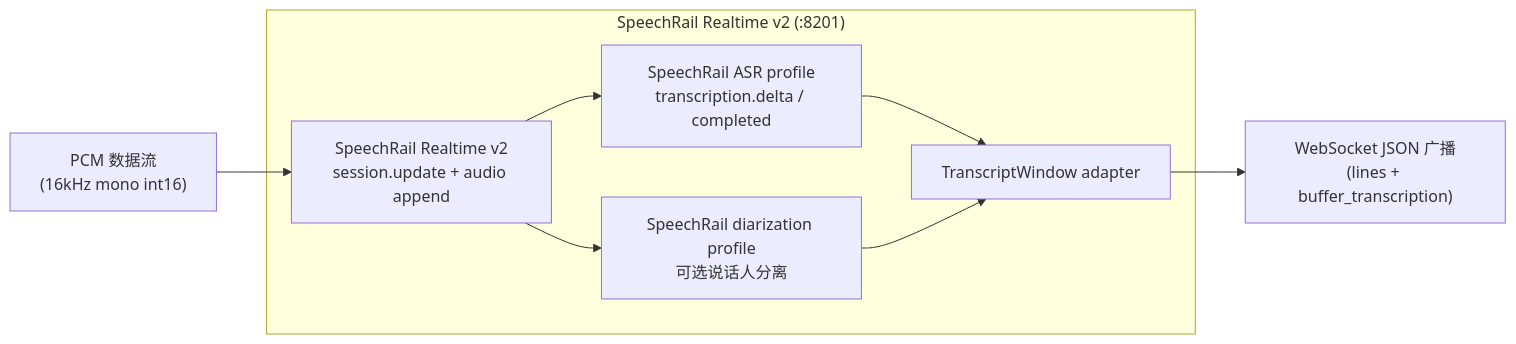
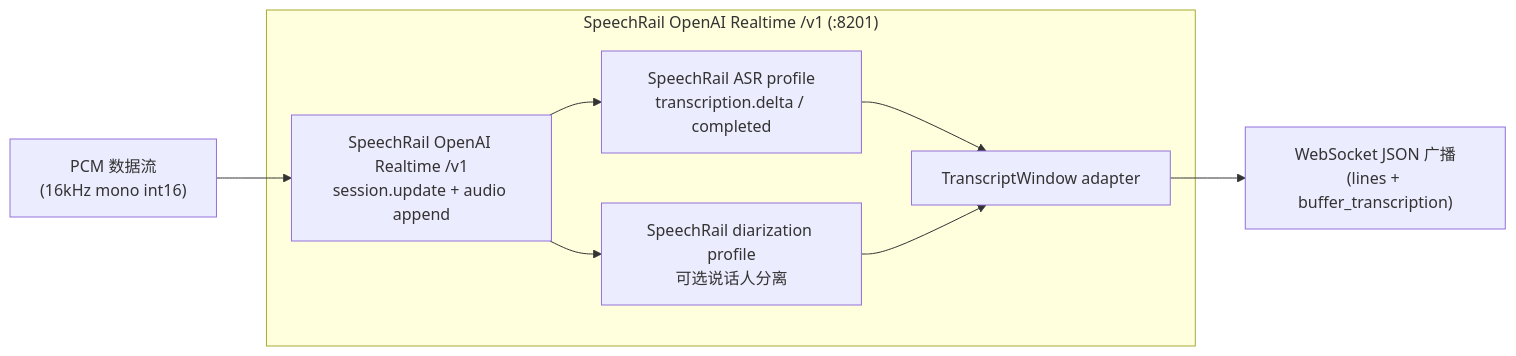
The eighth of 13 diagrams in docs/architecture/系统总体架构与详细设计方案.md (hrygo/voice-realtime), drawn with Mermaid before and after one commit. The commit also changed other lines of this file and 394 other files, not shown here.

First line of the commit message:
refactor: rename project voice-realtime → sona, migrate SpeechRail to OpenAI /v1/realtime

````diff
--- a/docs/architecture/系统总体架构与详细设计方案.md
+++ b/docs/architecture/系统总体架构与详细设计方案.md
@@ -510,13 +510,13 @@
 ```mermaid
 flowchart LR
-    AUDIO_IN["PCM 数据流<br/>(16kHz mono int16)"] --> SR_INPUT["SpeechRail Realtime v2<br/>session.update + audio append"]
+    AUDIO_IN["PCM 数据流<br/>(16kHz mono int16)"] --> SR_INPUT["SpeechRail OpenAI Realtime /v1<br/>session.update + audio append"]
     
-    subgraph SPEECHRAIL["SpeechRail Realtime v2 (:8201)"]
+    subgraph SPEECHRAIL["SpeechRail OpenAI Realtime /v1 (:8201)"]
         SR_INPUT --> QWEN_ASR["SpeechRail ASR profile<br/>transcription.delta / completed"]
         SR_INPUT --> SORTFORMER["SpeechRail diarization profile<br/>可选说话人分离"]
         QWEN_ASR --> SNAP_BUILDER["TranscriptWindow adapter"]
         SORTFORMER --> SNAP_BUILDER
     end
 
     SNAP_BUILDER --> WS_OUT["WebSocket JSON 广播<br/>(lines + buffer_transcription)"]
 ```
````
